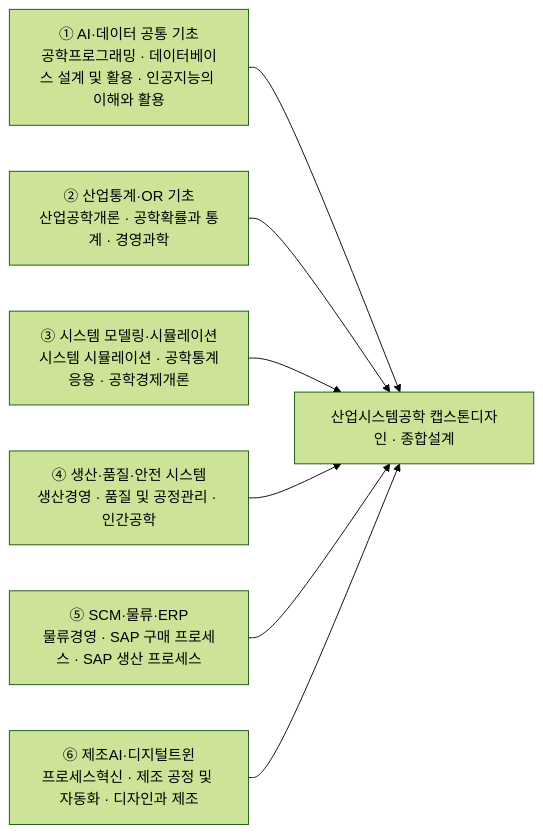
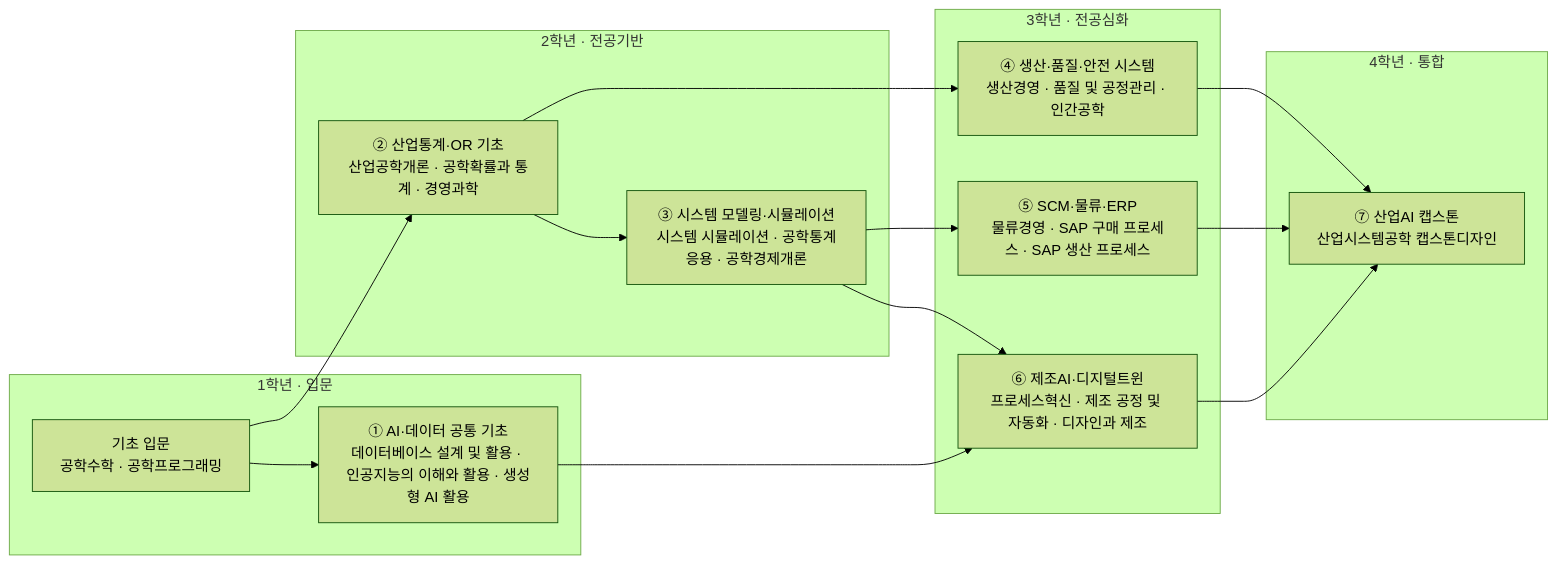
One commit to parclab-hsu/ai-curriculum-2026 changed the diagram in docs/it/industrial-engineering.md. Above: the diagram before and after it, drawn with Mermaid (forest theme). The commit also changed other lines of this file and 22 other files, not shown here.

First line of the commit message:
모듈 다이어그램 강화 — 1~4학년 로드맵 + 모듈-역량 매핑 (23개 트랙)

````diff
--- a/docs/it/industrial-engineering.md
+++ b/docs/it/industrial-engineering.md
@@ -129,10 +129,29 @@
 ```mermaid
 flowchart LR
-  M1["① AI·데이터 공통 기초<br/>공학프로그래밍 · 데이터베이스 설계 및 활용 · 인공지능의 이해와 활용"] --> CAP
-  M2["② 산업통계·OR 기초<br/>산업공학개론 · 공학확률과 통계 · 경영과학"] --> CAP
-  M3["③ 시스템 모델링·시뮬레이션<br/>시스템 시뮬레이션 · 공학통계응용 · 공학경제개론"] --> CAP
-  M4["④ 생산·품질·안전 시스템<br/>생산경영 · 품질 및 공정관리 · 인간공학"] --> CAP
-  M5["⑤ SCM·물류·ERP<br/>물류경영 · SAP 구매 프로세스 · SAP 생산 프로세스"] --> CAP
-  M6["⑥ 제조AI·디지털트윈<br/>프로세스혁신 · 제조 공정 및 자동화 · 디자인과 제조"] --> CAP
-  CAP["산업시스템공학 캡스톤디자인 · 종합설계"]
+  subgraph Y1["1학년 · 입문"]
+    A0["기초 입문<br/>공학수학 · 공학프로그래밍"]
+    M1["① AI·데이터 공통 기초<br/>데이터베이스 설계 및 활용 · 인공지능의 이해와 활용 · 생성형 AI 활용"]
+  end
+  subgraph Y2["2학년 · 전공기반"]
+    M2["② 산업통계·OR 기초<br/>산업공학개론 · 공학확률과 통계 · 경영과학"]
+    M3["③ 시스템 모델링·시뮬레이션<br/>시스템 시뮬레이션 · 공학통계응용 · 공학경제개론"]
+  end
+  subgraph Y3["3학년 · 전공심화"]
+    M4["④ 생산·품질·안전 시스템<br/>생산경영 · 품질 및 공정관리 · 인간공학"]
+    M5["⑤ SCM·물류·ERP<br/>물류경영 · SAP 구매 프로세스 · SAP 생산 프로세스"]
+    M6["⑥ 제조AI·디지털트윈<br/>프로세스혁신 · 제조 공정 및 자동화 · 디자인과 제조"]
+  end
+  subgraph Y4["4학년 · 통합"]
+    CAP["⑦ 산업AI 캡스톤<br/>산업시스템공학 캡스톤디자인"]
+  end
+  A0 --> M1
+  A0 --> M2
+  M1 --> M6
+  M2 --> M3
+  M2 --> M4
+  M3 --> M6
+  M3 --> M5
+  M4 --> CAP
+  M5 --> CAP
+  M6 --> CAP
 ```
````
